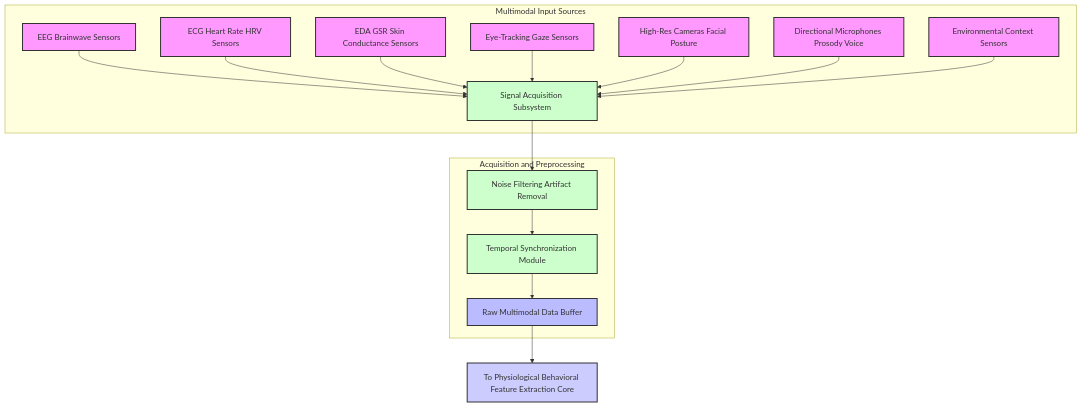
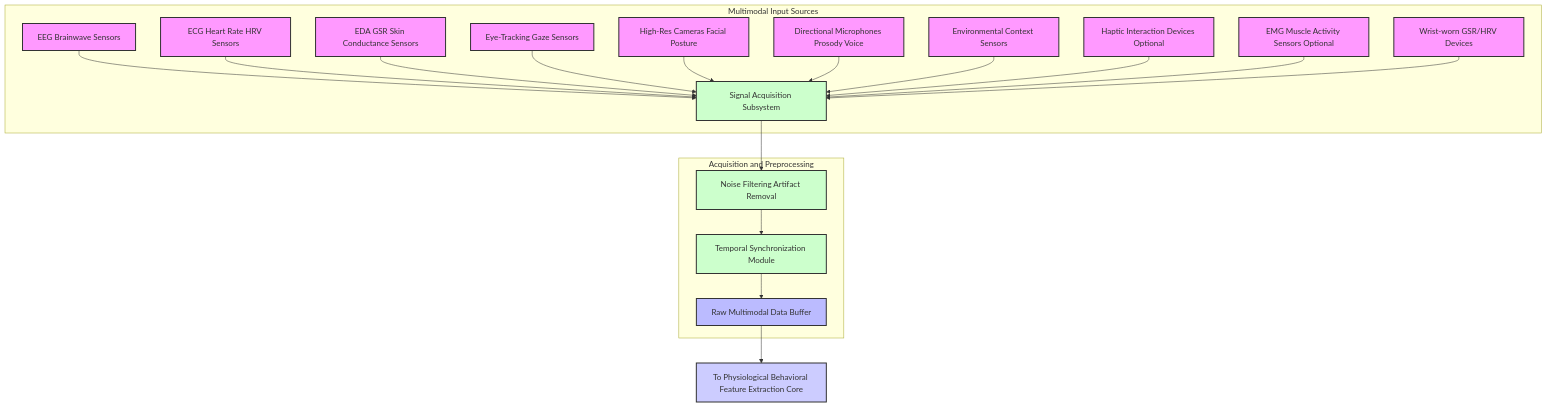
The third of 9 diagrams in inventions/inventions/012_holographic_meeting_scribe/014_multimodal_somatic_cognitive_graph_integration.md (diplomat-bit/Citibank_Demo_Business_Inc_Demonstration-), drawn with Mermaid before and after one commit. The commit also changed other lines of this file, not shown here.

````diff
--- a/inventions/inventions/012_holographic_meeting_scribe/014_multimodal_somatic_cognitive_graph_integration.md
+++ b/inventions/inventions/012_holographic_meeting_scribe/014_multimodal_somatic_cognitive_graph_integration.md
@@ -63,34 +125,40 @@
 ```mermaid
 graph TD
     subgraph Multimodal Input Sources
         S1_EEG[EEG Brainwave Sensors] --> SAQ[Signal Acquisition Subsystem];
         S2_ECG[ECG Heart Rate HRV Sensors] --> SAQ;
         S3_EDA[EDA GSR Skin Conductance Sensors] --> SAQ;
         S4_ET[Eye-Tracking Gaze Sensors] --> SAQ;
         S5_CAM[High-Res Cameras Facial Posture] --> SAQ;
         S6_MIC[Directional Microphones Prosody Voice] --> SAQ;
         S7_AMBIENT[Environmental Context Sensors] --> SAQ;
+        S8_HAPTIC[Haptic Interaction Devices Optional] --> SAQ;
+        S9_EMG[EMG Muscle Activity Sensors Optional] --> SAQ;
+        S10_GSR_WRIST[Wrist-worn GSR/HRV Devices] --> SAQ;
     end
 
     subgraph Acquisition and Preprocessing
         SAQ --> NOISE_FILT[Noise Filtering Artifact Removal];
         NOISE_FILT --> TIME_SYNC[Temporal Synchronization Module];
         TIME_SYNC --> DATA_BUFFER[Raw Multimodal Data Buffer];
     end
 
     DATA_BUFFER --> TO_FEAT_EXTRACT[To Physiological Behavioral Feature Extraction Core];
 
     style S1_EEG fill:#f9f,stroke:#333,stroke-width:2px
     style S2_ECG fill:#f9f,stroke:#333,stroke-width:2px
     style S3_EDA fill:#f9f,stroke:#333,stroke-width:2px
     style S4_ET fill:#f9f,stroke:#333,stroke-width:2px
     style S5_CAM fill:#f9f,stroke:#333,stroke-width:2px
     style S6_MIC fill:#f9f,stroke:#333,stroke-width:2px
     style S7_AMBIENT fill:#f9f,stroke:#333,stroke-width:2px
+    style S8_HAPTIC fill:#f9f,stroke:#333,stroke-width:2px
+    style S9_EMG fill:#f9f,stroke:#333,stroke-width:2px
+    style S10_GSR_WRIST fill:#f9f,stroke:#333,stroke-width:2px
 
     style SAQ fill:#cfc,stroke:#333,stroke-width:2px
     style NOISE_FILT fill:#cfc,stroke:#333,stroke-width:2px
     style TIME_SYNC fill:#cfc,stroke:#333,stroke-width:2px
     style DATA_BUFFER fill:#bbf,stroke:#333,stroke-width:2px
     style TO_FEAT_EXTRACT fill:#ccf,stroke:#333,stroke-width:2px
 ```
````
